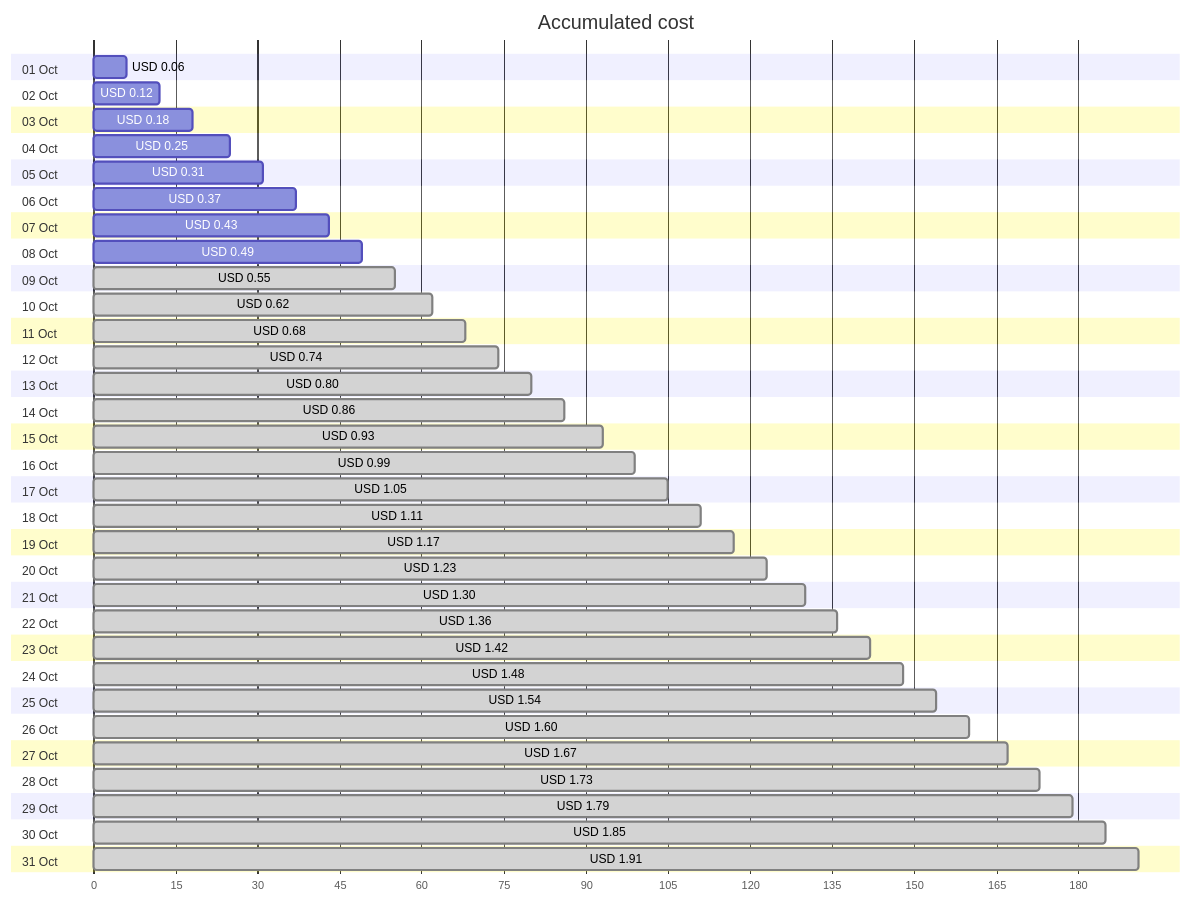
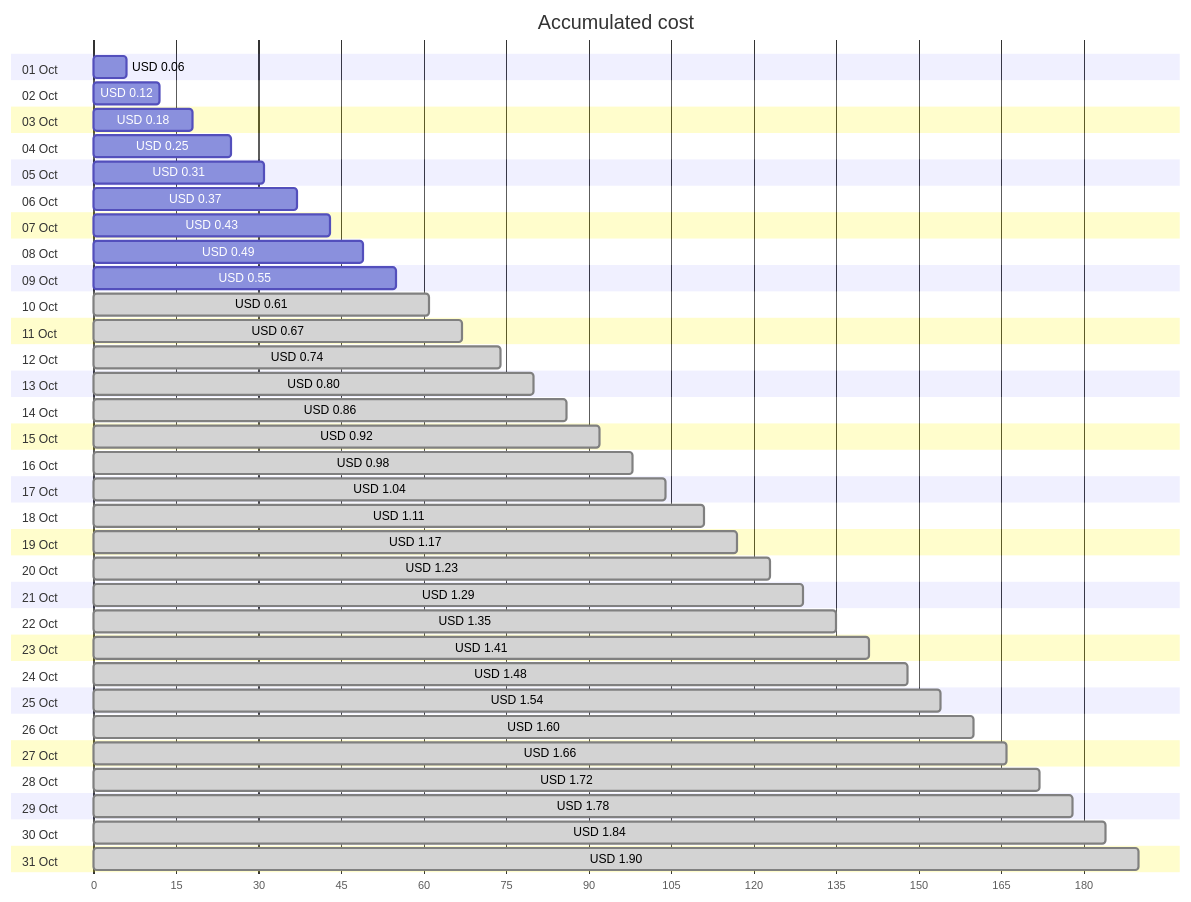
The first of 4 diagrams in cost-reports/personal-network/backup-server_OsDisk.md (jpfulton/azure-personal-reports), drawn with Mermaid before and after one commit. The commit also changed other lines of this file and 8 other files, not shown here.

````diff
--- a/cost-reports/personal-network/backup-server_OsDisk.md
+++ b/cost-reports/personal-network/backup-server_OsDisk.md
@@ -20,68 +20,68 @@
 ```mermaid
 gantt
    title Accumulated cost
    dateFormat  X
    axisFormat %s
    section 01 Oct
    USD 0.06 :0, 6
    section 02 Oct
    USD 0.12 :0, 12
    section 03 Oct
    USD 0.18 :0, 18
    section 04 Oct
    USD 0.25 :0, 25
    section 05 Oct
    USD 0.31 :0, 31
    section 06 Oct
    USD 0.37 :0, 37
    section 07 Oct
    USD 0.43 :0, 43
    section 08 Oct
    USD 0.49 :0, 49
    section 09 Oct
-   USD 0.55 : done, 0, 55
+   USD 0.55 :0, 55
    section 10 Oct
-   USD 0.62 : done, 0, 62
+   USD 0.61 : done, 0, 61
    section 11 Oct
-   USD 0.68 : done, 0, 68
+   USD 0.67 : done, 0, 67
    section 12 Oct
    USD 0.74 : done, 0, 74
    section 13 Oct
    USD 0.80 : done, 0, 80
    section 14 Oct
    USD 0.86 : done, 0, 86
    section 15 Oct
-   USD 0.93 : done, 0, 93
+   USD 0.92 : done, 0, 92
    section 16 Oct
-   USD 0.99 : done, 0, 99
+   USD 0.98 : done, 0, 98
    section 17 Oct
-   USD 1.05 : done, 0, 105
+   USD 1.04 : done, 0, 104
    section 18 Oct
    USD 1.11 : done, 0, 111
    section 19 Oct
    USD 1.17 : done, 0, 117
    section 20 Oct
    USD 1.23 : done, 0, 123
    section 21 Oct
-   USD 1.30 : done, 0, 130
+   USD 1.29 : done, 0, 129
    section 22 Oct
-   USD 1.36 : done, 0, 136
+   USD 1.35 : done, 0, 135
    section 23 Oct
-   USD 1.42 : done, 0, 142
+   USD 1.41 : done, 0, 141
    section 24 Oct
    USD 1.48 : done, 0, 148
    section 25 Oct
    USD 1.54 : done, 0, 154
    section 26 Oct
    USD 1.60 : done, 0, 160
    section 27 Oct
-   USD 1.67 : done, 0, 167
+   USD 1.66 : done, 0, 166
    section 28 Oct
-   USD 1.73 : done, 0, 173
+   USD 1.72 : done, 0, 172
    section 29 Oct
-   USD 1.79 : done, 0, 179
+   USD 1.78 : done, 0, 178
    section 30 Oct
-   USD 1.85 : done, 0, 185
+   USD 1.84 : done, 0, 184
    section 31 Oct
-   USD 1.91 : done, 0, 191
+   USD 1.90 : done, 0, 190
 ```
````
